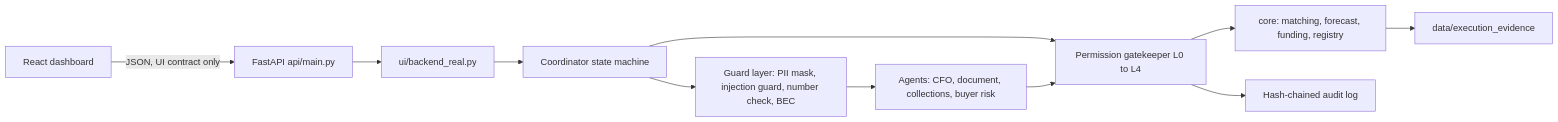
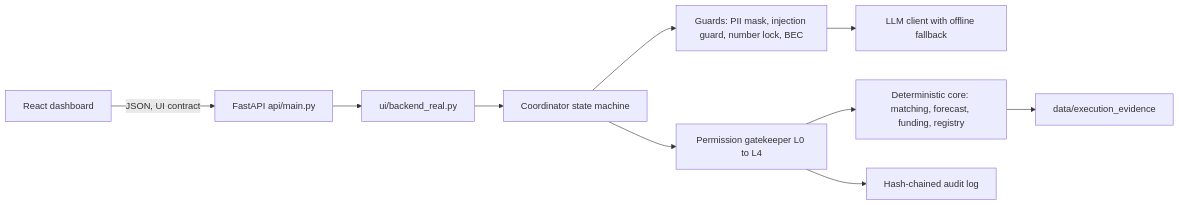
The diagram in README.md (stellarrng/cashbridge), drawn with Mermaid before and after one commit. The commit also changed other lines of this file and 6 other files, not shown here.

````diff
--- a/README.md
+++ b/README.md
@@ -74,13 +108,12 @@
 ```mermaid
 flowchart LR
-    UI[React dashboard] -->|JSON, UI contract only| API[FastAPI api/main.py]
+    UI[React dashboard] -->|JSON, UI contract| API[FastAPI api/main.py]
     API --> ADAPTER[ui/backend_real.py]
     ADAPTER --> COORD[Coordinator state machine]
-    COORD --> GUARD[Guard layer: PII mask, injection guard, number check, BEC]
-    GUARD --> AGENTS[Agents: CFO, document, collections, buyer risk]
+    COORD --> GUARD[Guards: PII mask, injection guard, number lock, BEC]
     COORD --> GATE[Permission gatekeeper L0 to L4]
-    AGENTS --> GATE
-    GATE --> CORE[core: matching, forecast, funding, registry]
+    GUARD --> LLM[LLM client with offline fallback]
+    GATE --> CORE[Deterministic core: matching, forecast, funding, registry]
     GATE --> AUDIT[Hash-chained audit log]
     CORE --> EVID[data/execution_evidence]
 ```
````
